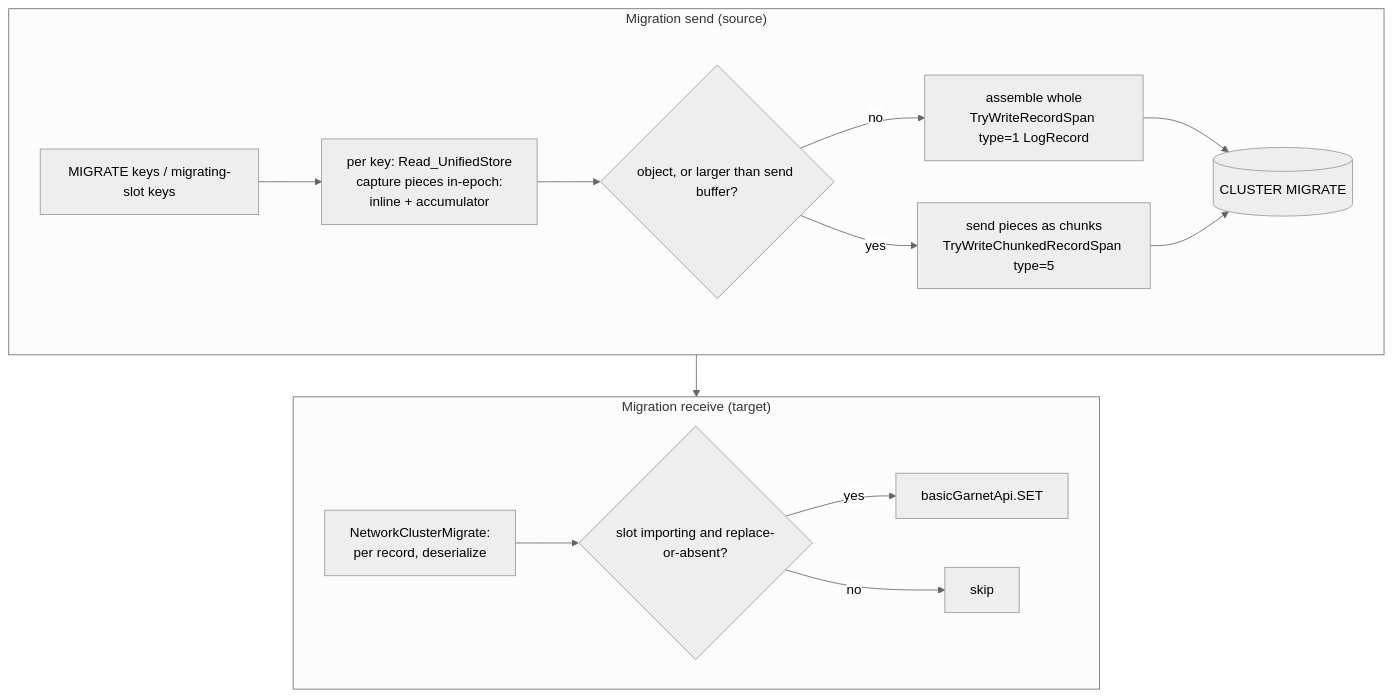
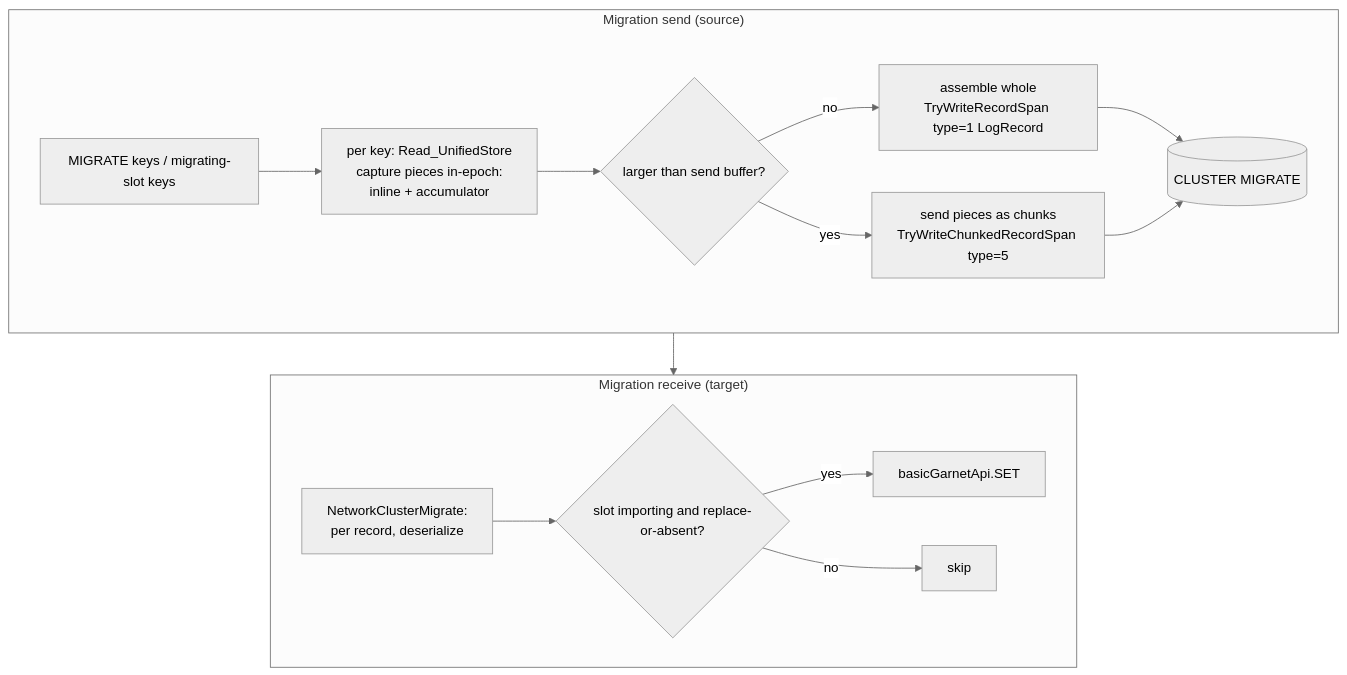
The first of 3 diagrams in website/docs/dev/migration-replication-record-layout.md (microsoft/garnet), drawn with Mermaid (neutral theme) before and after one commit. The commit also changed other lines of this file and 16 other files, not shown here.

````diff
--- a/website/docs/dev/migration-replication-record-layout.md
+++ b/website/docs/dev/migration-replication-record-layout.md
@@ -196,19 +227,19 @@
 ```mermaid
 flowchart TB
   subgraph MSend["Migration send (source)"]
     direction LR
     MA[MIGRATE keys / migrating-slot keys] --> MB[per key: Read_UnifiedStore<br/>capture pieces in-epoch:<br/>inline + accumulator]
-    MB --> MC{"object, or larger than send buffer?"}
+    MB --> MC{"larger than send buffer?"}
     MC -->|no| MD[assemble whole<br/>TryWriteRecordSpan type=1 LogRecord]
     MC -->|yes| ME[send pieces as chunks<br/>TryWriteChunkedRecordSpan type=5]
     MD --> MF[(CLUSTER MIGRATE)]
     ME --> MF
   end
   subgraph MRecv["Migration receive (target)"]
     direction LR
     MG[NetworkClusterMigrate:<br/>per record, deserialize] --> MH{"slot importing and replace-or-absent?"}
     MH -->|yes| MI[basicGarnetApi.SET]
     MH -->|no| MJ[skip]
   end
   MF --> MG
 ```
````
